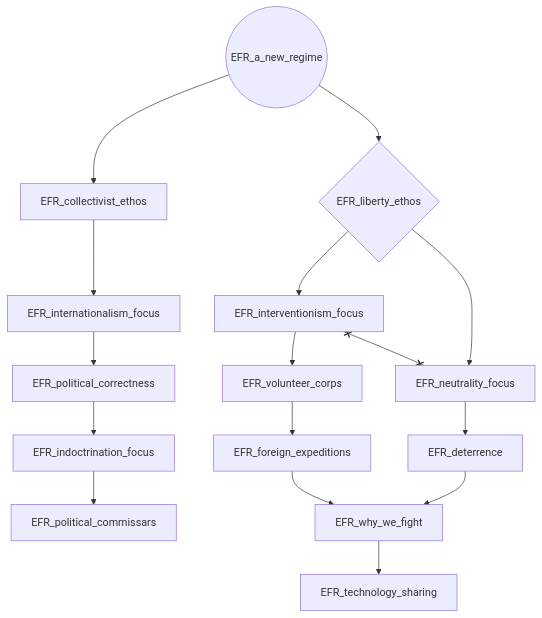
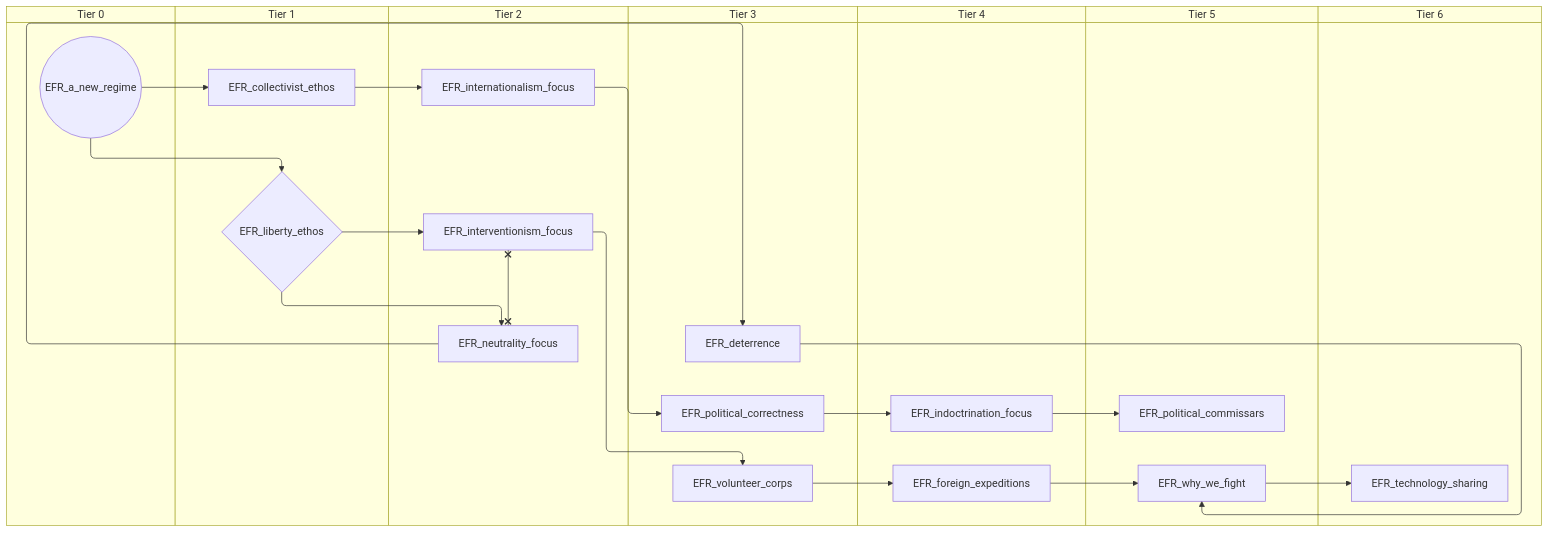
Before and after one commit to evgeny-sobol/hoi4-sandbox-mode-r56: the first of 2 diagrams in docs/gdd/National Focuses/r56_vichy_france.md, drawn with Mermaid. The commit also changed other lines of this file and 423 other files, not shown here.

First line of the commit message:
Re-export Rt56 focus trees as swimlane diagrams

````diff
--- a/docs/gdd/National Focuses/r56_vichy_france.md
+++ b/docs/gdd/National Focuses/r56_vichy_france.md
@@ -3,32 +3,46 @@
 ```mermaid
-flowchart TD
-    n1(("EFR_a_new_regime"))
-    n2["EFR_collectivist_ethos"]
-    n3["EFR_deterrence"]
-    n4["EFR_foreign_expeditions"]
-    n5["EFR_indoctrination_focus"]
-    n6["EFR_internationalism_focus"]
-    n7["EFR_interventionism_focus"]
-    n8{"EFR_liberty_ethos"}
-    n9["EFR_neutrality_focus"]
-    n10["EFR_political_commissars"]
-    n11["EFR_political_correctness"]
-    n12["EFR_technology_sharing"]
-    n13["EFR_volunteer_corps"]
-    n14["EFR_why_we_fight"]
+swimlane-beta TD
+    subgraph tier_0["Tier 0"]
+        n1(("EFR_a_new_regime"))
+    end
+    subgraph tier_1["Tier 1"]
+        n2["EFR_collectivist_ethos"]
+        n3{"EFR_liberty_ethos"}
+    end
+    subgraph tier_2["Tier 2"]
+        n4["EFR_internationalism_focus"]
+        n5["EFR_interventionism_focus"]
+        n6["EFR_neutrality_focus"]
+    end
+    subgraph tier_3["Tier 3"]
+        n7["EFR_deterrence"]
+        n8["EFR_political_correctness"]
+        n9["EFR_volunteer_corps"]
+    end
+    subgraph tier_4["Tier 4"]
+        n10["EFR_foreign_expeditions"]
+        n11["EFR_indoctrination_focus"]
+    end
+    subgraph tier_5["Tier 5"]
+        n12["EFR_political_commissars"]
+        n13["EFR_why_we_fight"]
+    end
+    subgraph tier_6["Tier 6"]
+        n14["EFR_technology_sharing"]
+    end
     n1 --> n2
-    n9 --> n3
-    n13 --> n4
-    n11 --> n5
-    n2 --> n6
-    n8 --> n7
-    n1 --> n8
-    n8 --> n9
-    n5 --> n10
-    n6 --> n11
-    n14 --> n12
+    n6 --> n7
+    n9 --> n10
+    n8 --> n11
+    n2 --> n4
+    n3 --> n5
+    n1 --> n3
+    n3 --> n6
+    n11 --> n12
+    n4 --> n8
+    n13 --> n14
+    n5 --> n9
+    n10 --> n13
     n7 --> n13
-    n4 --> n14
-    n3 --> n14
-    n7 x--x n9
+    n5 x--x n6
 ```
````
